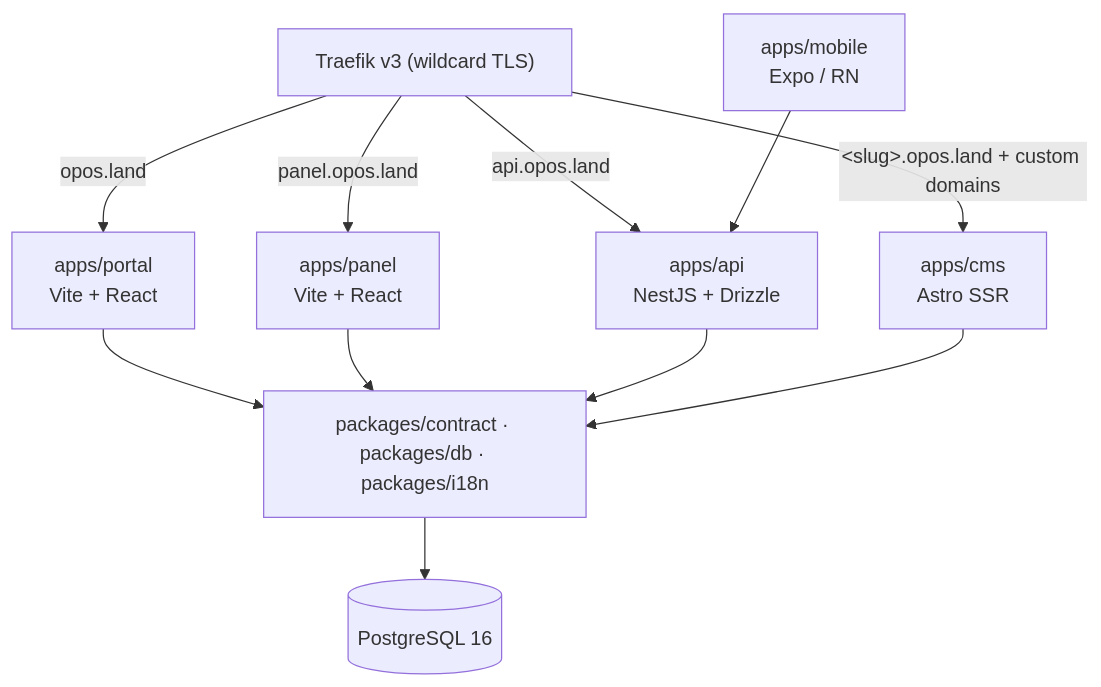
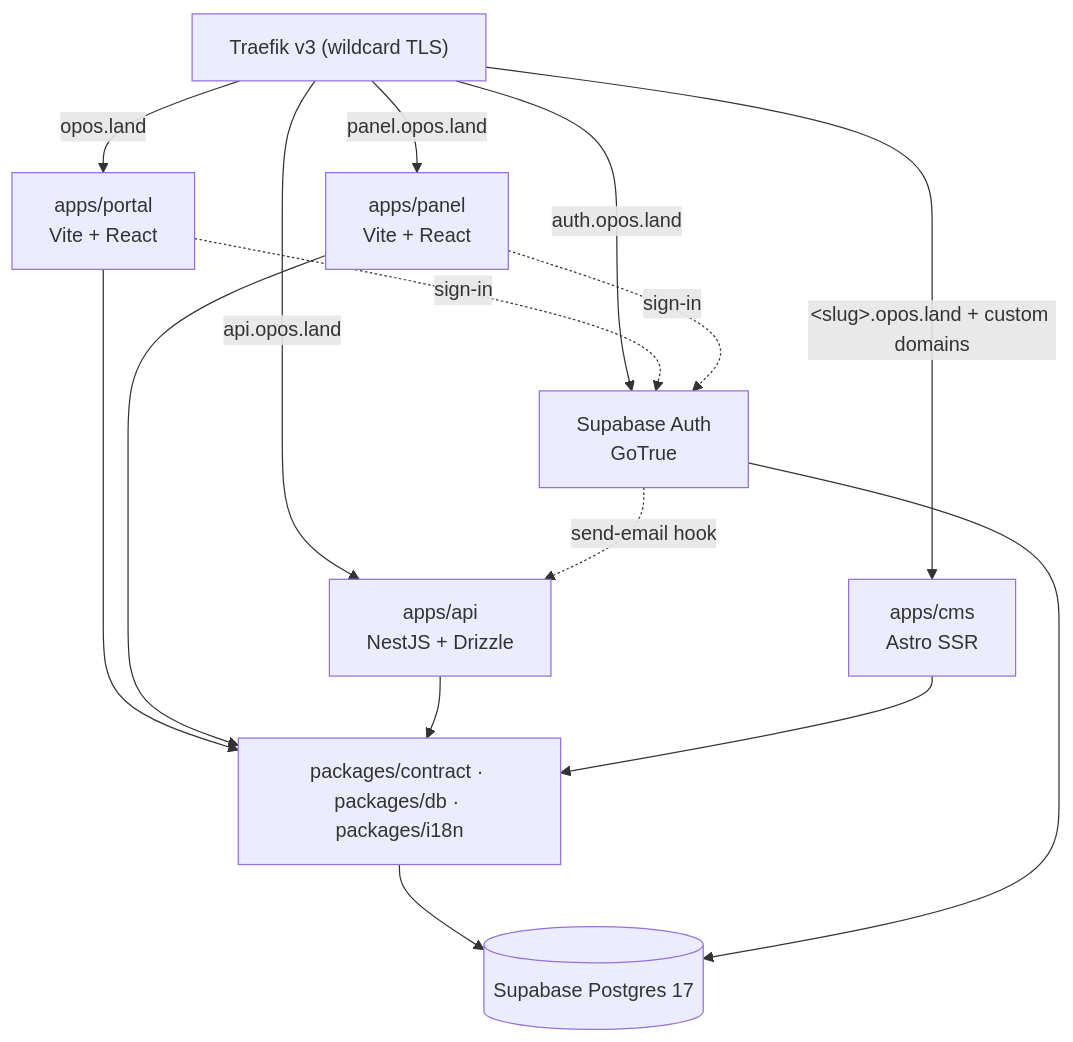
The diagram in docs/PLAN.md (opos-land/opos), drawn with Mermaid before and after one commit. The commit also changed other lines of this file and 3 other files, not shown here.

First line of the commit message:
docs: adopt self-hosted supabase, drop mobile app, add modules

````diff
--- a/docs/PLAN.md
+++ b/docs/PLAN.md
@@ -33,22 +34,26 @@
 ```mermaid
 graph TB
     traefik["Traefik v3 (wildcard TLS)"]
     portal["apps/portal<br>Vite + React"]
     panel["apps/panel<br>Vite + React"]
     api["apps/api<br>NestJS + Drizzle"]
     cms["apps/cms<br>Astro SSR"]
-    mobile["apps/mobile<br>Expo / RN"]
+    auth["Supabase Auth<br>GoTrue"]
     packages["packages/contract · packages/db · packages/i18n"]
-    pg[("PostgreSQL 16")]
+    pg[("Supabase Postgres 17")]
 
     traefik -->|"opos.land"| portal
     traefik -->|"panel.opos.land"| panel
     traefik -->|"api.opos.land"| api
+    traefik -->|"auth.opos.land"| auth
     traefik -->|"&lt;slug&gt;.opos.land + custom domains"| cms
-    mobile --> api
+    portal -.->|"sign-in"| auth
+    panel -.->|"sign-in"| auth
+    auth -.->|"send-email hook"| api
     portal --> packages
     panel --> packages
     api --> packages
     cms --> packages
     packages --> pg
+    auth --> pg
 ```
````
